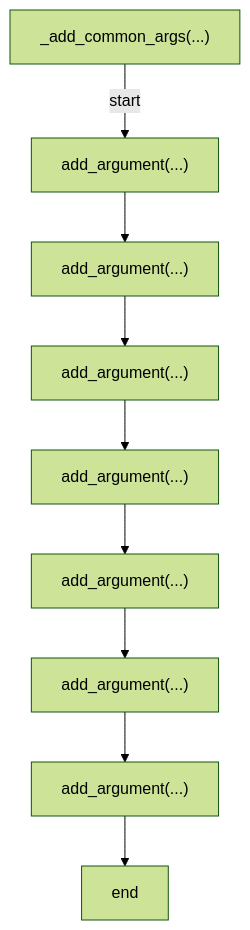
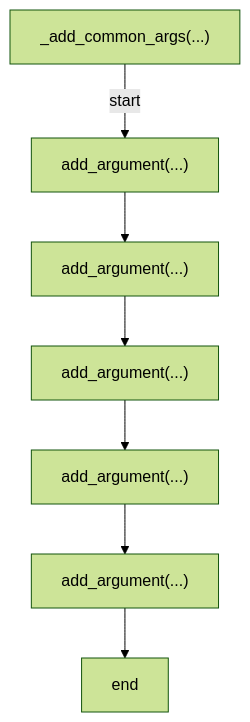
Before and after one commit to tvna/claude-md: diagram 11 of 18 in docs/generated/scripts/ast/labels_apply.md, drawn with Mermaid (forest theme). The commit also changed other lines of this file and 7 other files, not shown here.

First line of the commit message:
docs(generated): regenerate decision tree and workflow diagrams (#2503)

````diff
--- a/docs/generated/scripts/ast/labels_apply.md
+++ b/docs/generated/scripts/ast/labels_apply.md
@@ -259,20 +231,16 @@
 ```mermaid
 flowchart TD
     N001["_add_common_args(...)"]
     N002["add_argument(...)"]
     N003["add_argument(...)"]
     N004["add_argument(...)"]
     N005["add_argument(...)"]
     N006["add_argument(...)"]
-    N007["add_argument(...)"]
-    N008["add_argument(...)"]
-    N009["end"]
+    N007["end"]
     N001 -->|"start"| N002
     N002 --> N003
     N003 --> N004
     N004 --> N005
     N005 --> N006
     N006 --> N007
-    N007 --> N008
-    N008 --> N009
 ```
````
